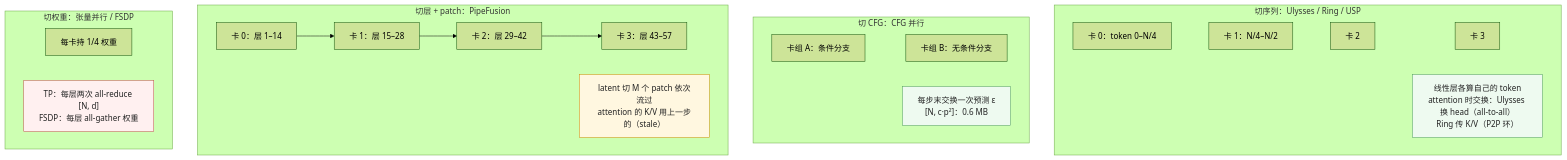
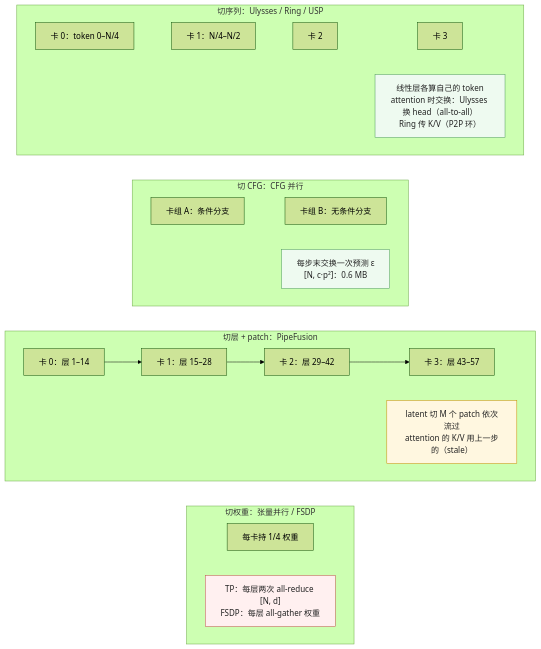
One commit to arganzheng/arganzheng.github.com changed the first of 3 diagrams in _drafts/multi-gpu-diffusion-parallelism-usp-cfg-pipefusion.md. Above: the diagram before and after it, drawn with Mermaid (forest theme). The commit also changed other lines of this file and 12 other files, not shown here.

Commit message:
扩散模型推理基础设施系列（草稿）：行内公式改 $$、图改纵向、L7 第六篇视频成本按 4LN²d 修正；AGENTS / 备忘录 V2.26

````diff
--- a/_drafts/multi-gpu-diffusion-parallelism-usp-cfg-pipefusion.md
+++ b/_drafts/multi-gpu-diffusion-parallelism-usp-cfg-pipefusion.md
@@ -23,35 +23,36 @@
 ```mermaid
 flowchart TB
     subgraph SP["切序列：Ulysses / Ring / USP"]
         direction LR
         S1["卡 0：token 0–N/4"] ~~~ S2["卡 1：N/4–N/2"] ~~~ S3["卡 2"] ~~~ S4["卡 3"]
         SPN["线性层各算自己的 token
 attention 时交换：Ulysses 换 head（all-to-all）
 Ring 传 K/V（P2P 环）"]
     end
     subgraph CFG["切 CFG：CFG 并行"]
         direction LR
         C1["卡组 A：条件分支"] ~~~ C2["卡组 B：无条件分支"]
         CFGN["每步末交换一次预测 ε
 [N, c·p²]：0.6 MB"]
     end
     subgraph PF["切层 + patch：PipeFusion"]
         direction LR
         P1["卡 0：层 1–14"] --> P2["卡 1：层 15–28"] --> P3["卡 2：层 29–42"] --> P4["卡 3：层 43–57"]
         PFN["latent 切 M 个 patch 依次流过
 attention 的 K/V 用上一步的（stale）"]
     end
     subgraph TP["切权重：张量并行 / FSDP"]
         direction LR
         T1["每卡持 1/4 权重"]
         TPN["TP：每层两次 all-reduce [N, d]
 FSDP：每层 all-gather 权重"]
     end
 
+    SP ~~~ CFG ~~~ PF ~~~ TP
     classDef good fill:#eefaf0,stroke:#4d9a5c,color:#222
     classDef mid fill:#fff7e0,stroke:#c98a00,color:#222
     classDef bad fill:#fff0f0,stroke:#c0504d,color:#222
     class SPN,CFGN good
     class PFN mid
     class TPN bad
 ```
````
